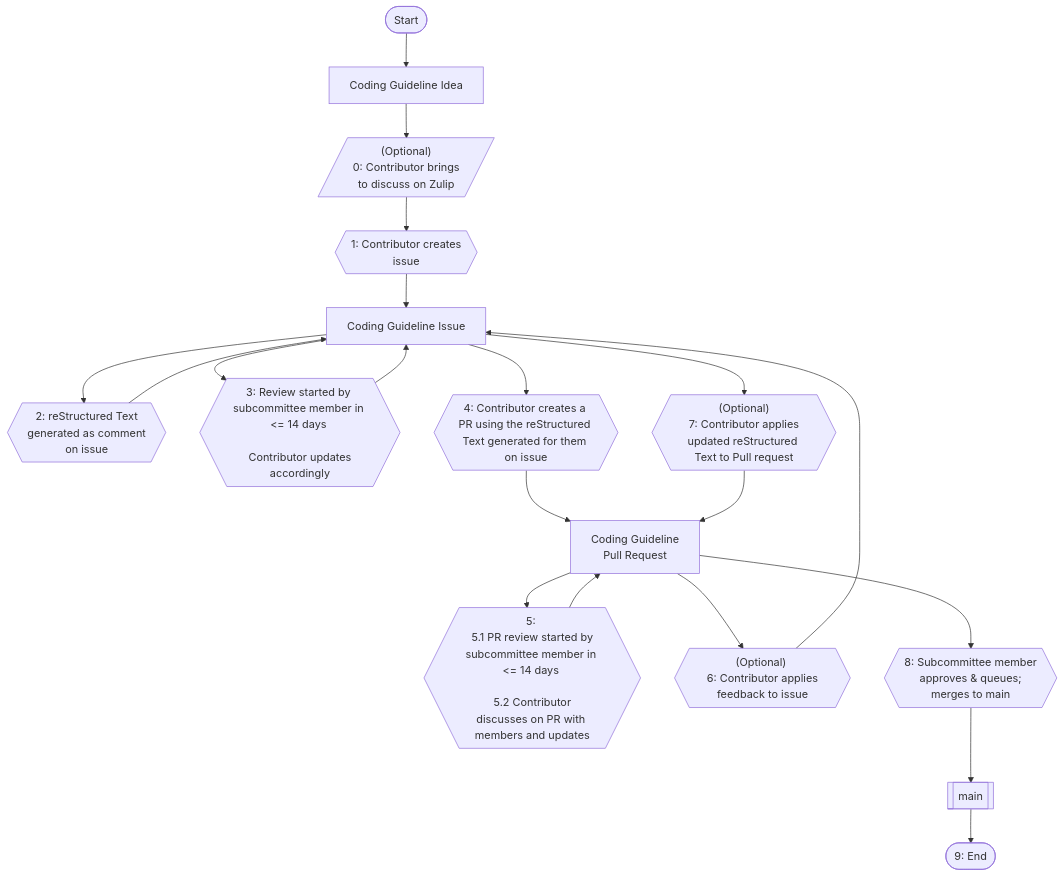
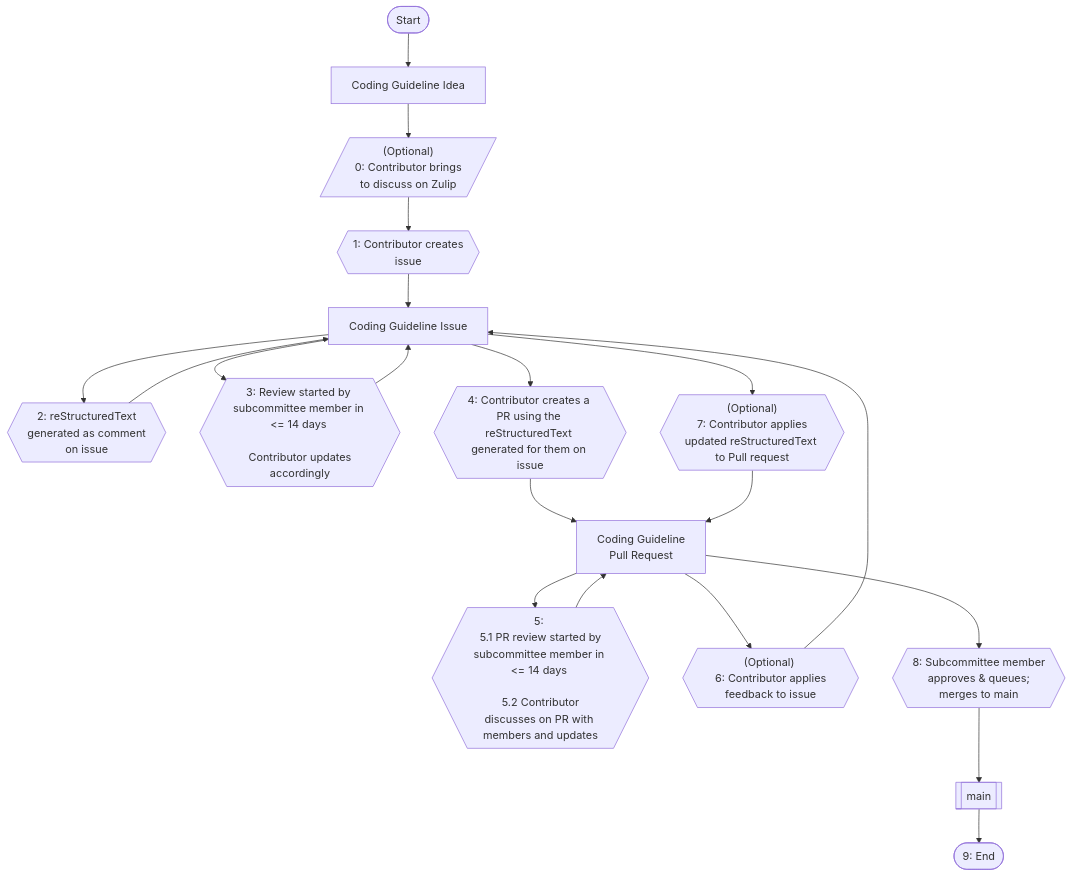
One commit to rustfoundation/safety-critical-rust-coding-guidelines changed the diagram in CONTRIBUTING.md. Above: the diagram before and after it, drawn with Mermaid. The commit also changed other lines of this file, not shown here.

Commit message:
fix: note that generated guideline content regenerates if body updated

````diff
--- a/CONTRIBUTING.md
+++ b/CONTRIBUTING.md
@@ -34,23 +34,23 @@
 ```mermaid
 flowchart TD
   Start(["Start"]) --> Idea["Coding Guideline Idea"]
   Idea --> Zulip[/"(Optional)<br>0: Contributor brings <br> to discuss on Zulip"/]
   Zulip --> CreateIssue{{"1: Contributor creates <br> issue"}}
   CreateIssue --> Issue["Coding Guideline Issue"]
 
-  S2{{"2: reStructured Text <br> generated as comment <br> on issue"}} --> Issue
+  S2{{"2: reStructuredText <br> generated as comment <br> on issue"}} --> Issue
   Issue --> S2
 
   S3{{"3: Review started by subcommittee member in <= 14 days <br><br> Contributor updates accordingly"}} --> Issue
   Issue --> S3
 
-  Issue --> S4{{"4: Contributor creates a PR using the reStructured Text generated for them on issue"}} --> PR["Coding Guideline<br>Pull Request"]
+  Issue --> S4{{"4: Contributor creates a PR using the reStructuredText generated for them on issue"}} --> PR["Coding Guideline<br>Pull Request"]
 
   S5{{"5: <br> 5.1 PR review started by subcommittee member in <= 14 days <br><br> 5.2 Contributor discusses on PR with members and updates"}} --> PR
   PR --> S5
 
   PR --> S6{{"(Optional) <br> 6: Contributor applies feedback to issue"}} --> Issue
-  Issue --> S7{{"(Optional)<br> 7: Contributor applies updated reStructured Text to Pull request"}} --> PR
+  Issue --> S7{{"(Optional)<br> 7: Contributor applies updated reStructuredText to Pull request"}} --> PR
   PR --> S8{{"8: Subcommittee member <br> approves & queues;<br>merges to main"}} --> Main[[main]]
   Main --> End(["9: End"])
 ```
````
